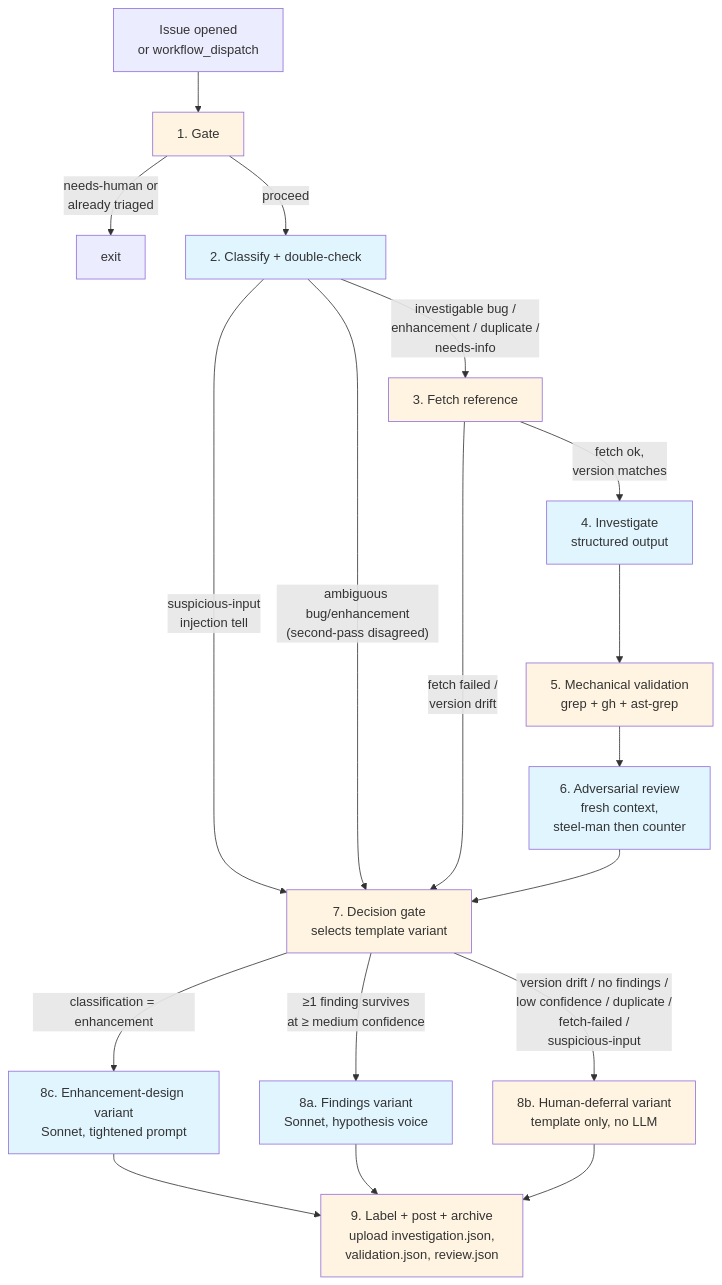
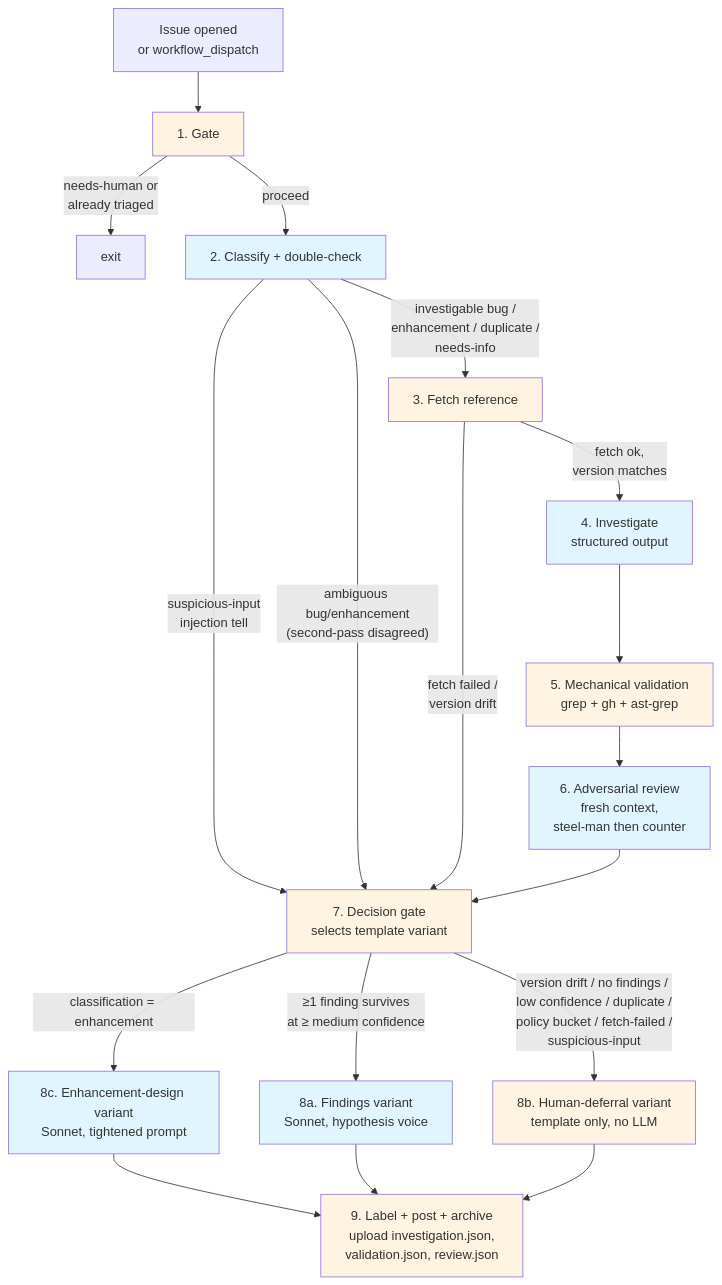
One commit to aaddrick/claude-desktop-debian changed the first of 2 diagrams in docs/issue-triage/README.md. Above: the diagram before and after it, drawn with Mermaid. The commit also changed other lines of this file and 14 other files, not shown here.

````diff
--- a/docs/issue-triage/README.md
+++ b/docs/issue-triage/README.md
@@ -93,32 +93,32 @@
 ```mermaid
 flowchart TD
     A[Issue opened<br/>or workflow_dispatch] --> B[1. Gate]
     B -->|needs-human or<br/>already triaged| Z[exit]
     B -->|proceed| C[2. Classify + double-check]
     C -->|suspicious-input<br/>injection tell| H
     C -->|"ambiguous bug/enhancement<br/>(second-pass disagreed)"| H
     C -->|investigable bug /<br/>enhancement / duplicate /<br/>needs-info| D[3. Fetch reference]
     D -->|fetch ok,<br/>version matches| E[4. Investigate<br/>structured output]
     D -->|fetch failed /<br/>version drift| H
     E --> F[5. Mechanical validation<br/>grep + gh + ast-grep]
     F --> G[6. Adversarial review<br/>fresh context,<br/>steel-man then counter]
     G --> H[7. Decision gate<br/>selects template variant]
     H -->|classification = enhancement| I1[8c. Enhancement-design variant<br/>Sonnet, tightened prompt]
     H -->|≥1 finding survives<br/>at ≥ medium confidence| I2[8a. Findings variant<br/>Sonnet, hypothesis voice]
-    H -->|version drift / no findings /<br/>low confidence / duplicate /<br/>fetch-failed /<br/>suspicious-input| I3[8b. Human-deferral variant<br/>template only, no LLM]
+    H -->|version drift / no findings /<br/>low confidence / duplicate /<br/>policy bucket / fetch-failed /<br/>suspicious-input| I3[8b. Human-deferral variant<br/>template only, no LLM]
     I1 --> L[9. Label + post + archive<br/>upload investigation.json,<br/>validation.json, review.json]
     I2 --> L
     I3 --> L
 
     style C fill:#e1f5ff
     style E fill:#e1f5ff
     style G fill:#e1f5ff
     style I1 fill:#e1f5ff
     style I2 fill:#e1f5ff
     style B fill:#fff4e1
     style D fill:#fff4e1
     style F fill:#fff4e1
     style H fill:#fff4e1
     style I3 fill:#fff4e1
     style L fill:#fff4e1
 ```
````
